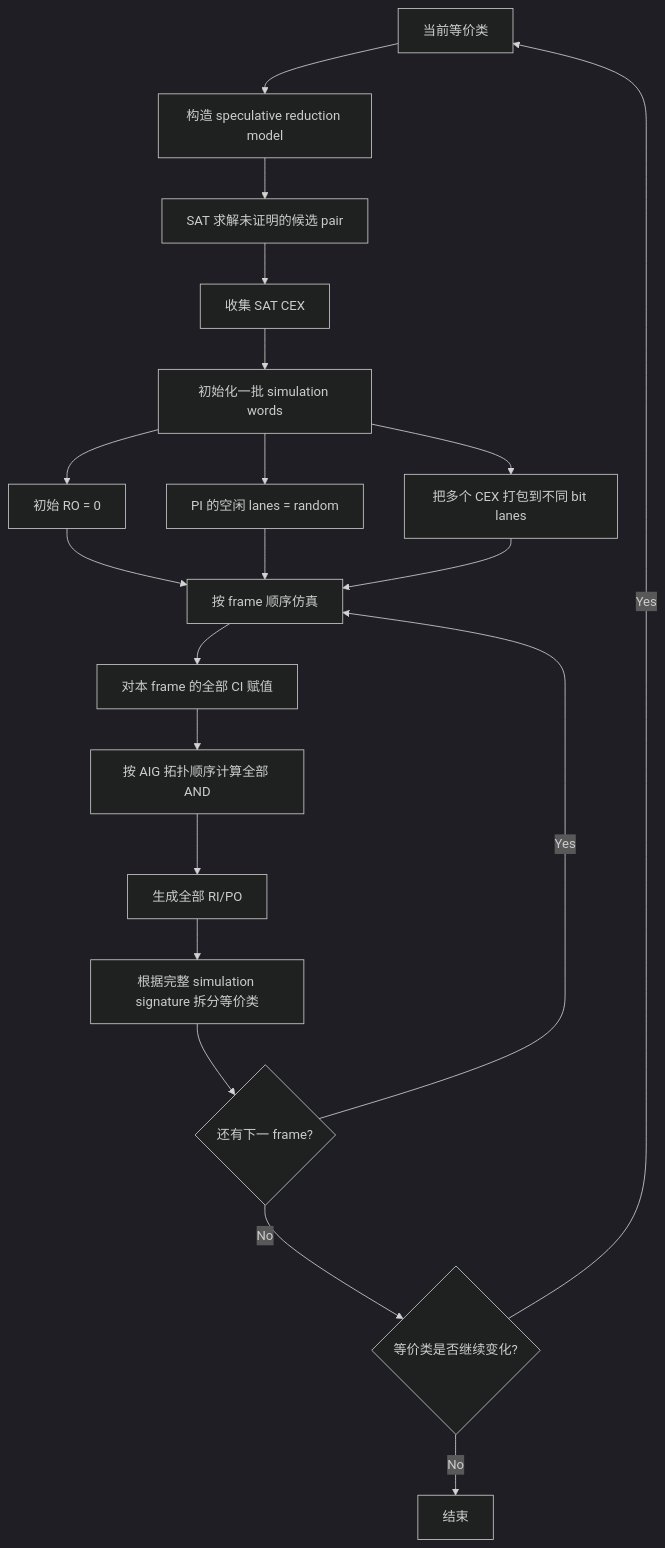
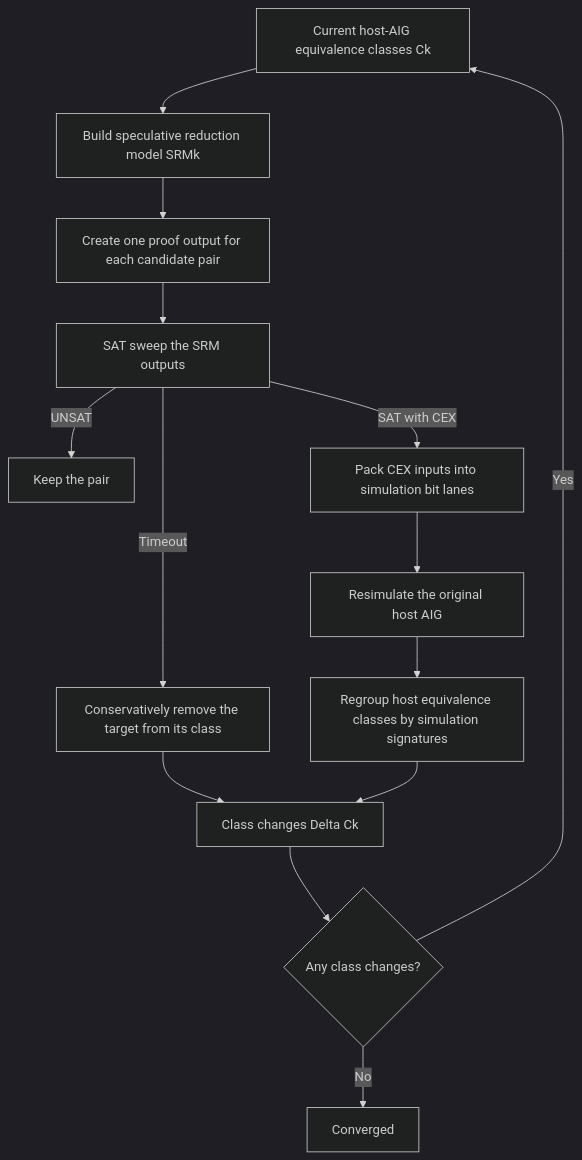
The first of 5 diagrams in md/scorr_simulation_flow_comparison.md (zxxr1113/abc), drawn with Mermaid (dark theme) before and after one commit. The commit also changed other lines of this file and 3 other files, not shown here.

Commit message:
cec: diagnose cex before incremental tfo simulation

````diff
--- a/md/scorr_simulation_flow_comparison.md
+++ b/md/scorr_simulation_flow_comparison.md
@@ -13,22 +18,16 @@
 ```mermaid
 flowchart TD
-    A["当前等价类"] --> B["构造 speculative reduction model"]
-    B --> C["SAT 求解未证明的候选 pair"]
-    C --> D["收集 SAT CEX"]
-    D --> E["初始化一批 simulation words"]
-    E --> E1["初始 RO = 0"]
-    E --> E2["PI 的空闲 lanes = random"]
-    E --> E3["把多个 CEX 打包到不同 bit lanes"]
-    E1 --> F["按 frame 顺序仿真"]
-    E2 --> F
-    E3 --> F
-    F --> G["对本 frame 的全部 CI 赋值"]
-    G --> H["按 AIG 拓扑顺序计算全部 AND"]
-    H --> I["生成全部 RI/PO"]
-    I --> J["根据完整 simulation signature 拆分等价类"]
-    J --> K{"还有下一 frame?"}
-    K -- Yes --> F
-    K -- No --> L{"等价类是否继续变化?"}
-    L -- Yes --> A
-    L -- No --> M["结束"]
+    A["Current host-AIG equivalence classes Ck"] --> B["Build speculative reduction model SRMk"]
+    B --> C["Create one proof output for each candidate pair"]
+    C --> D["SAT sweep the SRM outputs"]
+    D -->|"UNSAT"| E["Keep the pair"]
+    D -->|"Timeout"| F["Conservatively remove the target from its class"]
+    D -->|"SAT with CEX"| G["Pack CEX inputs into simulation bit lanes"]
+    G --> H["Resimulate the original host AIG"]
+    H --> I["Regroup host equivalence classes by simulation signatures"]
+    F --> J["Class changes Delta Ck"]
+    I --> J
+    J --> K{"Any class changes?"}
+    K -->|"Yes"| A
+    K -->|"No"| L["Converged"]
 ```
````
